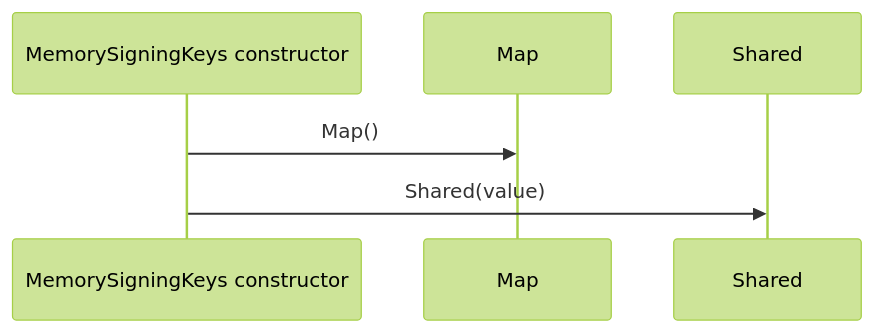
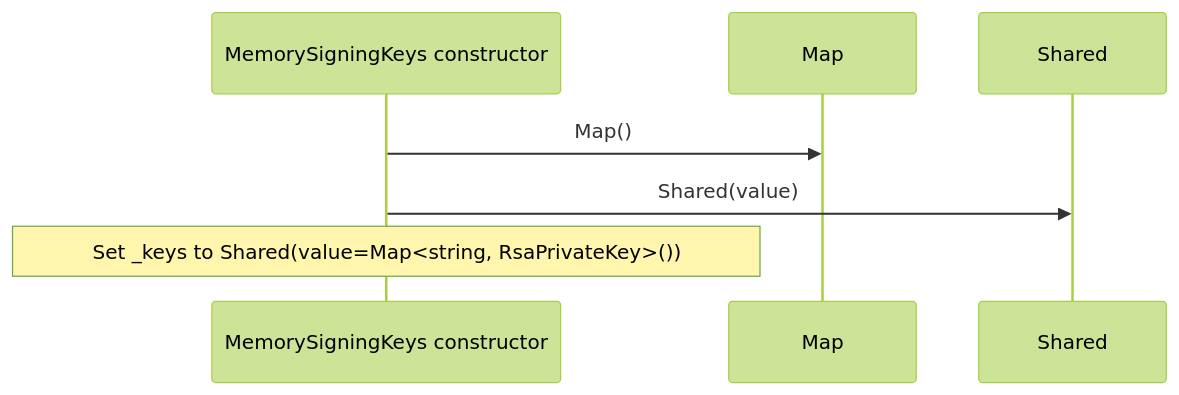
Before and after one commit to GreenPandaStudios/augscript: the seventh of 11 diagrams in docs/examples/oidc-login/common/keys-diagrams.md, drawn with Mermaid (forest theme). The commit also changed other lines of this file and 289 other files, not shown here.

Commit message:
Correct diagram control flow and complete generated wiki navigation

````diff
--- a/docs/examples/oidc-login/common/keys-diagrams.md
+++ b/docs/examples/oidc-login/common/keys-diagrams.md
@@ -119,8 +119,9 @@
 ```mermaid
 sequenceDiagram
     participant p0 as MemorySigningKeys constructor
     participant p1 as Map
     participant p2 as Shared
     p0->>p1: Map()
     p0->>p2: Shared(value)
+    Note over p0: Set _keys to Shared(value=Map#60;string, RsaPrivateKey#62;())
 ```
````
